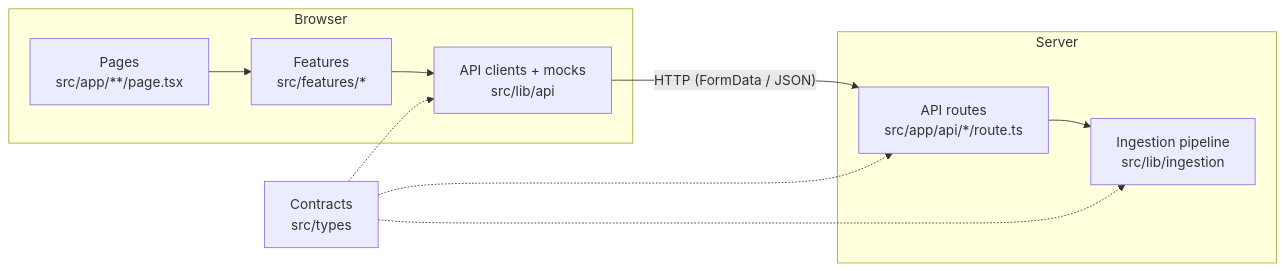
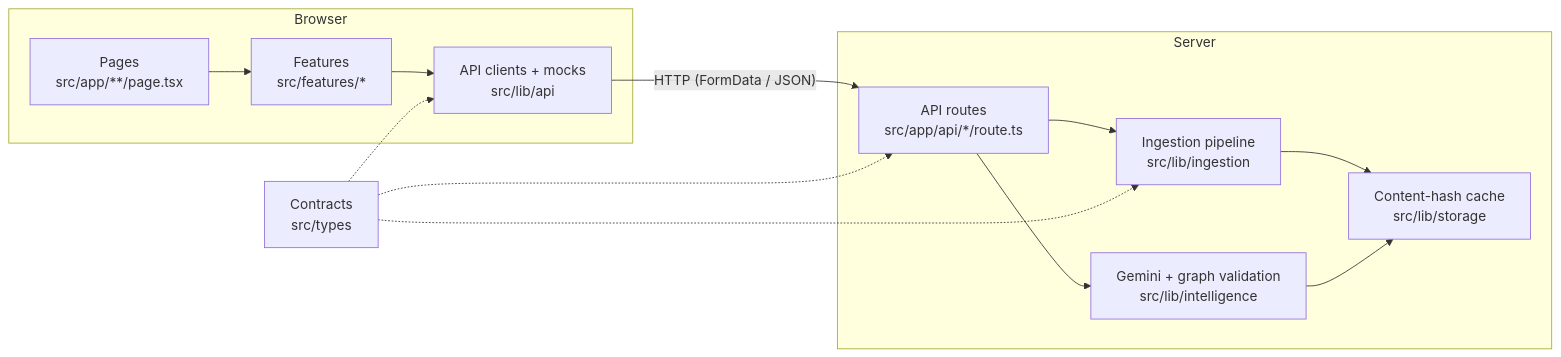
One commit to builtbybayn/hack-26 changed the diagram in docs/ARCHITECTURE.md. Above: the diagram before and after it, drawn with Mermaid. The commit also changed other lines of this file and 53 other files, not shown here.

````diff
--- a/docs/ARCHITECTURE.md
+++ b/docs/ARCHITECTURE.md
@@ -6,23 +6,28 @@
 ```mermaid
 flowchart LR
   subgraph Browser
     Page["Pages<br/>src/app/**/page.tsx"]
     Feature["Features<br/>src/features/*"]
     Client["API clients + mocks<br/>src/lib/api"]
   end
 
   subgraph Server
     Route["API routes<br/>src/app/api/*/route.ts"]
     Ingestion["Ingestion pipeline<br/>src/lib/ingestion"]
+    Intelligence["Gemini + graph validation<br/>src/lib/intelligence"]
+    Store["Content-hash cache<br/>src/lib/storage"]
   end
 
   Types["Contracts<br/>src/types"]
 
   Page --> Feature
   Feature --> Client
   Client -- "HTTP (FormData / JSON)" --> Route
   Route --> Ingestion
+  Route --> Intelligence
+  Ingestion --> Store
+  Intelligence --> Store
   Types -.-> Client
   Types -.-> Route
   Types -.-> Ingestion
 ```
````
